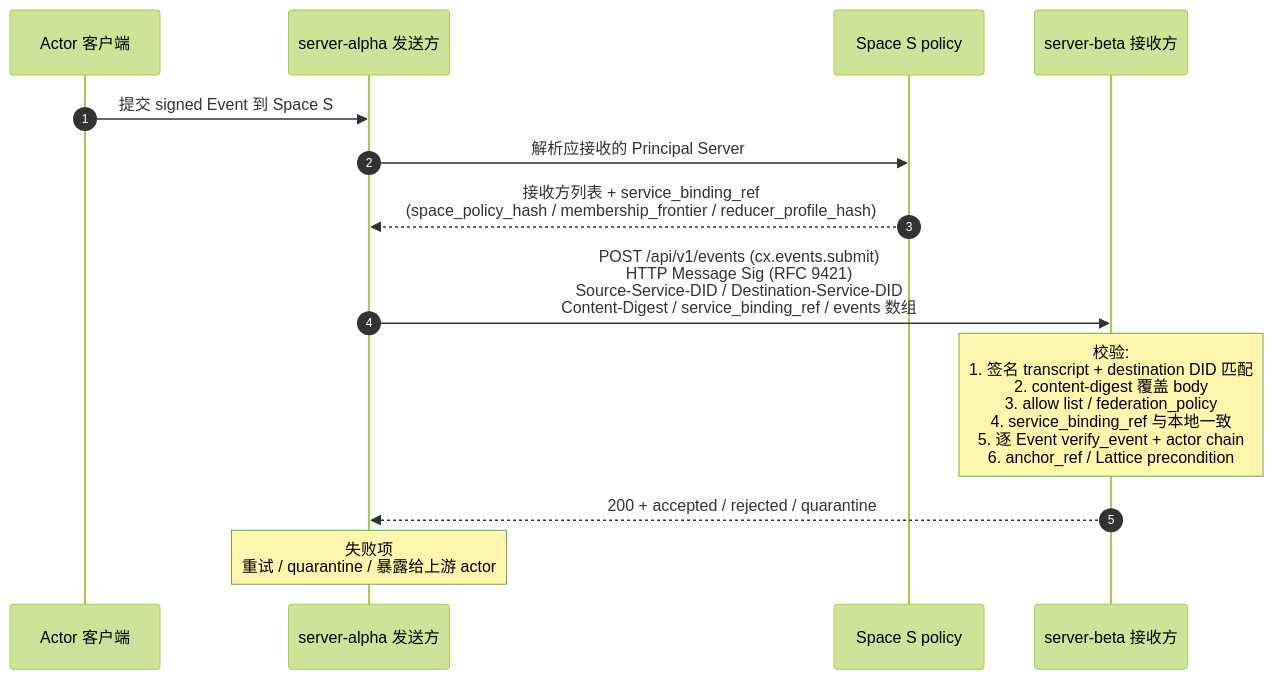
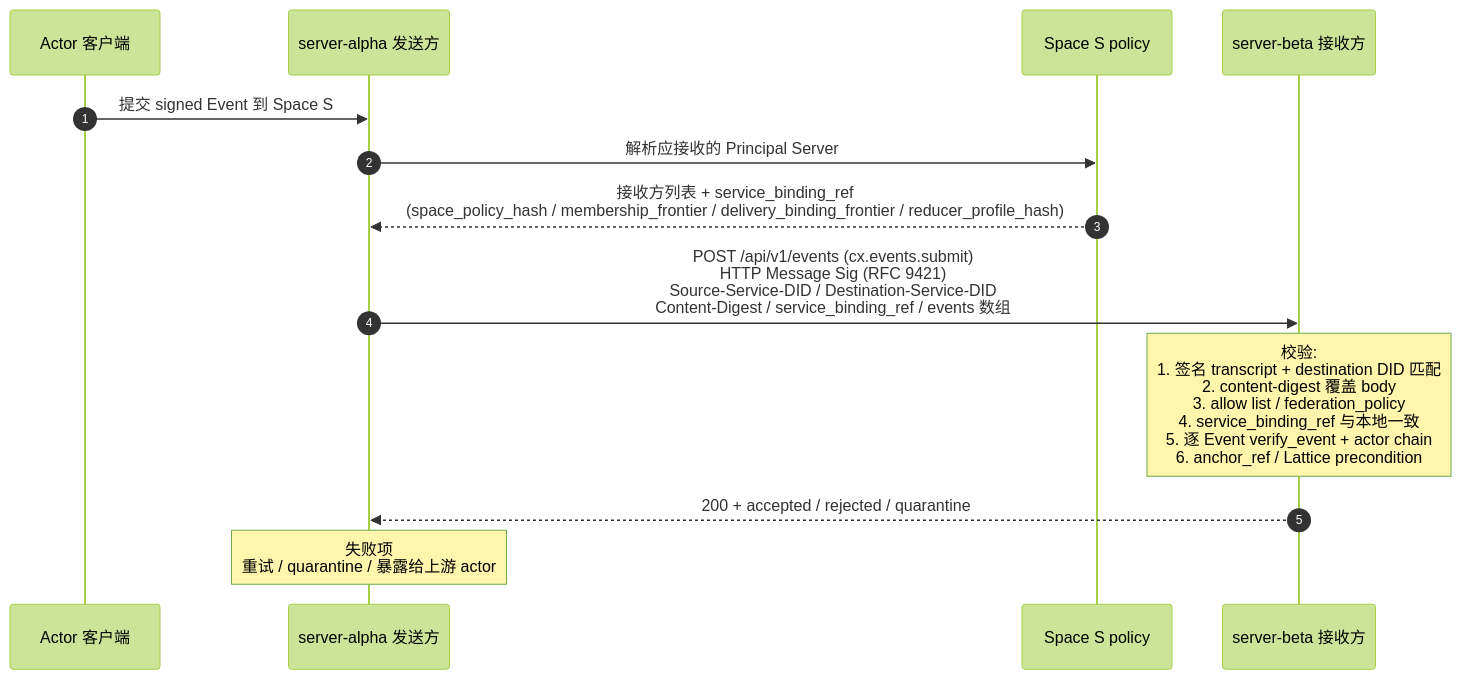
One commit to arkret-org/arkret-spec changed the diagram in spec/v1/zh/sync/federation.md. Above: the diagram before and after it, drawn with Mermaid (forest theme). The commit also changed other lines of this file and 23 other files, not shown here.

First line of the commit message:
feat: Enhance mention handling and delivery binding in messaging

````diff
--- a/spec/v1/zh/sync/federation.md
+++ b/spec/v1/zh/sync/federation.md
@@ -185,16 +226,16 @@
 ```mermaid
 sequenceDiagram
     autonumber
     participant Cli as Actor 客户端
     participant Alpha as server-alpha 发送方
     participant Pol as Space S policy
     participant Beta as server-beta 接收方
 
     Cli->>Alpha: 提交 signed Event 到 Space S
     Alpha->>Pol: 解析应接收的 Principal Server
-    Pol-->>Alpha: 接收方列表 + service_binding_ref<br>(space_policy_hash / membership_frontier / reducer_profile_hash)
+    Pol-->>Alpha: 接收方列表 + service_binding_ref<br>(space_policy_hash / membership_frontier / delivery_binding_frontier / reducer_profile_hash)
     Alpha->>Beta: POST /api/v1/events (cx.events.submit)<br>HTTP Message Sig (RFC 9421)<br>Source-Service-DID / Destination-Service-DID<br>Content-Digest / service_binding_ref / events 数组
     note over Beta: 校验:<br>1. 签名 transcript + destination DID 匹配<br>2. content-digest 覆盖 body<br>3. allow list / federation_policy<br>4. service_binding_ref 与本地一致<br>5. 逐 Event verify_event + actor chain<br>6. anchor_ref / Lattice precondition
     Beta-->>Alpha: 200 + accepted / rejected / quarantine
     note over Alpha: 失败项<br>重试 / quarantine / 暴露给上游 actor
 ```
````
